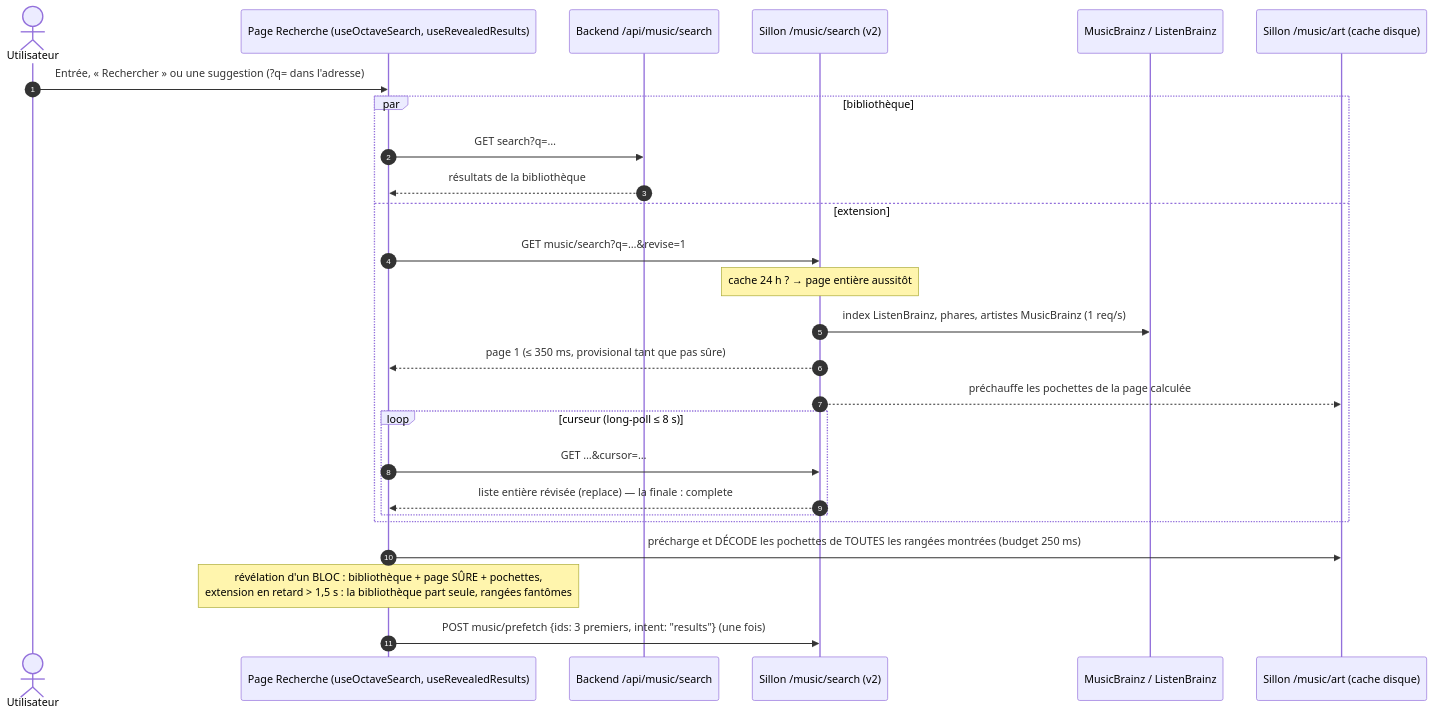
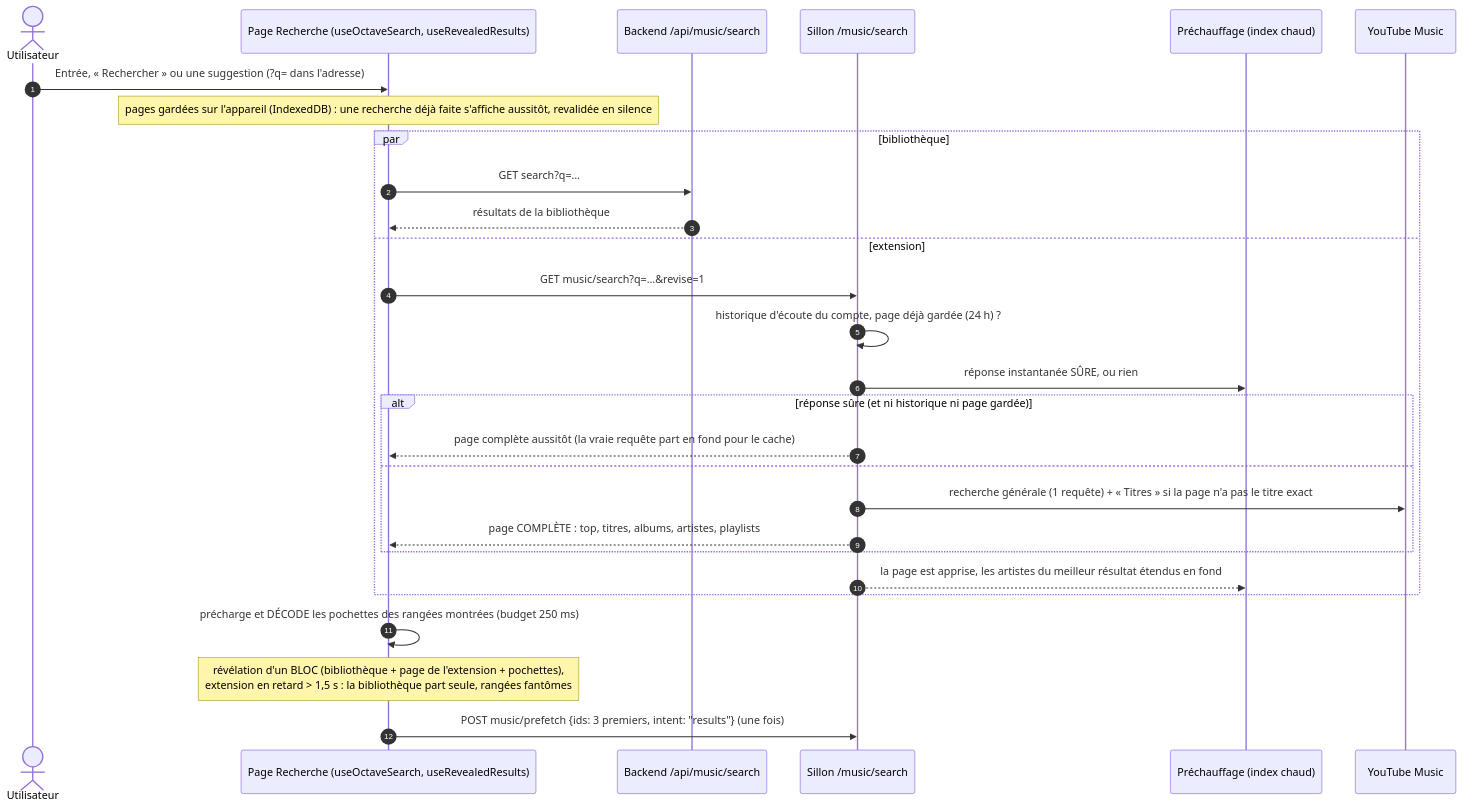
Before and after one commit to Knaox/Tentacle-TV: the third of 8 diagrams in docs/octave/CARTOGRAPHIE.md, drawn with Mermaid. The commit also changed other lines of this file, not shown here.

Commit message:
docs(octave) : cartographie de l'intégration finale — catalogue YouTube Music, préchauffage, bureau délégué, titre choisi, radio, décisions et restes

````diff
--- a/docs/octave/CARTOGRAPHIE.md
+++ b/docs/octave/CARTOGRAPHIE.md
@@ -343,28 +378,30 @@
 ```mermaid
 sequenceDiagram
   autonumber
   actor U as Utilisateur
   participant P as Page Recherche (useOctaveSearch, useRevealedResults)
   participant Core as Backend /api/music/search
-  participant S as Sillon /music/search (v2)
-  participant MB as MusicBrainz / ListenBrainz
-  participant Art as Sillon /music/art (cache disque)
+  participant S as Sillon /music/search
+  participant W as Préchauffage (index chaud)
+  participant YT as YouTube Music
   U->>P: Entrée, « Rechercher » ou une suggestion (?q= dans l'adresse)
+  Note over P: pages gardées sur l'appareil (IndexedDB) : une recherche déjà faite s'affiche aussitôt, revalidée en silence
   par bibliothèque
     P->>Core: GET search?q=…
     Core-->>P: résultats de la bibliothèque
   and extension
     P->>S: GET music/search?q=…&revise=1
-    Note over S: cache 24 h ? → page entière aussitôt
-    S->>MB: index ListenBrainz, phares, artistes MusicBrainz (1 req/s)
-    S-->>P: page 1 (≤ 350 ms, provisional tant que pas sûre)
-    S-->>Art: préchauffe les pochettes de la page calculée
-    loop curseur (long-poll ≤ 8 s)
-      P->>S: GET …&cursor=…
-      S-->>P: liste entière révisée (replace) — la finale : complete
+    S->>S: historique d'écoute du compte, page déjà gardée (24 h) ?
+    S->>W: réponse instantanée SÛRE, ou rien
+    alt réponse sûre (et ni historique ni page gardée)
+      S-->>P: page complète aussitôt (la vraie requête part en fond pour le cache)
+    else
+      S->>YT: recherche générale (1 requête) + « Titres » si la page n'a pas le titre exact
+      S-->>P: page COMPLÈTE : top, titres, albums, artistes, playlists
     end
+    S-->>W: la page est apprise, les artistes du meilleur résultat étendus en fond
   end
-  P->>Art: précharge et DÉCODE les pochettes de TOUTES les rangées montrées (budget 250 ms)
-  Note over P: révélation d'un BLOC : bibliothèque + page SÛRE + pochettes,<br/>extension en retard > 1,5 s : la bibliothèque part seule, rangées fantômes
+  P->>P: précharge et DÉCODE les pochettes des rangées montrées (budget 250 ms)
+  Note over P: révélation d'un BLOC (bibliothèque + page de l'extension + pochettes),<br/>extension en retard > 1,5 s : la bibliothèque part seule, rangées fantômes
   P->>S: POST music/prefetch {ids: 3 premiers, intent: "results"} (une fois)
 ```
````
